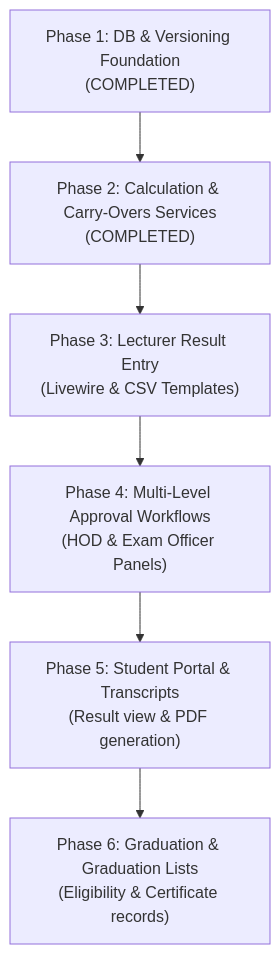
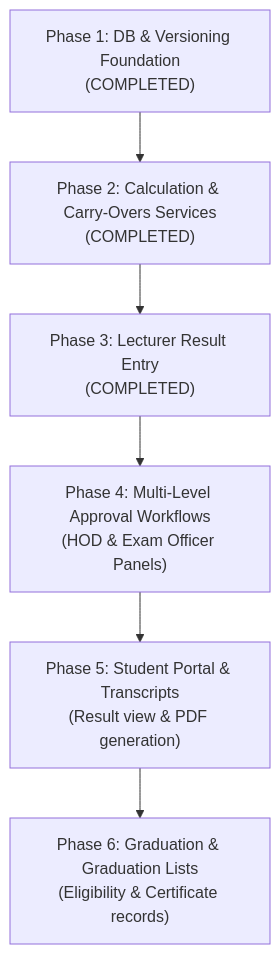
One commit to bashyauri/admission changed the diagram in result_processing_agent_phases.md. Above: the diagram before and after it, drawn with Mermaid. The commit also changed other lines of this file and 30 other files, not shown here.

Commit message:
fix result entry

````diff
--- a/result_processing_agent_phases.md
+++ b/result_processing_agent_phases.md
@@ -21,8 +21,8 @@
 ```mermaid
 graph TD
     P1["Phase 1: DB & Versioning Foundation<br/>(COMPLETED)"] --> P2["Phase 2: Calculation & Carry-Overs Services<br/>(COMPLETED)"]
-    P2 --> P3["Phase 3: Lecturer Result Entry<br/>(Livewire & CSV Templates)"]
+    P2 --> P3["Phase 3: Lecturer Result Entry<br/>(COMPLETED)"]
     P3 --> P4["Phase 4: Multi-Level Approval Workflows<br/>(HOD & Exam Officer Panels)"]
     P4 --> P5["Phase 5: Student Portal & Transcripts<br/>(Result view & PDF generation)"]
     P5 --> P6["Phase 6: Graduation & Graduation Lists<br/>(Eligibility & Certificate records)"]
 ```
````
